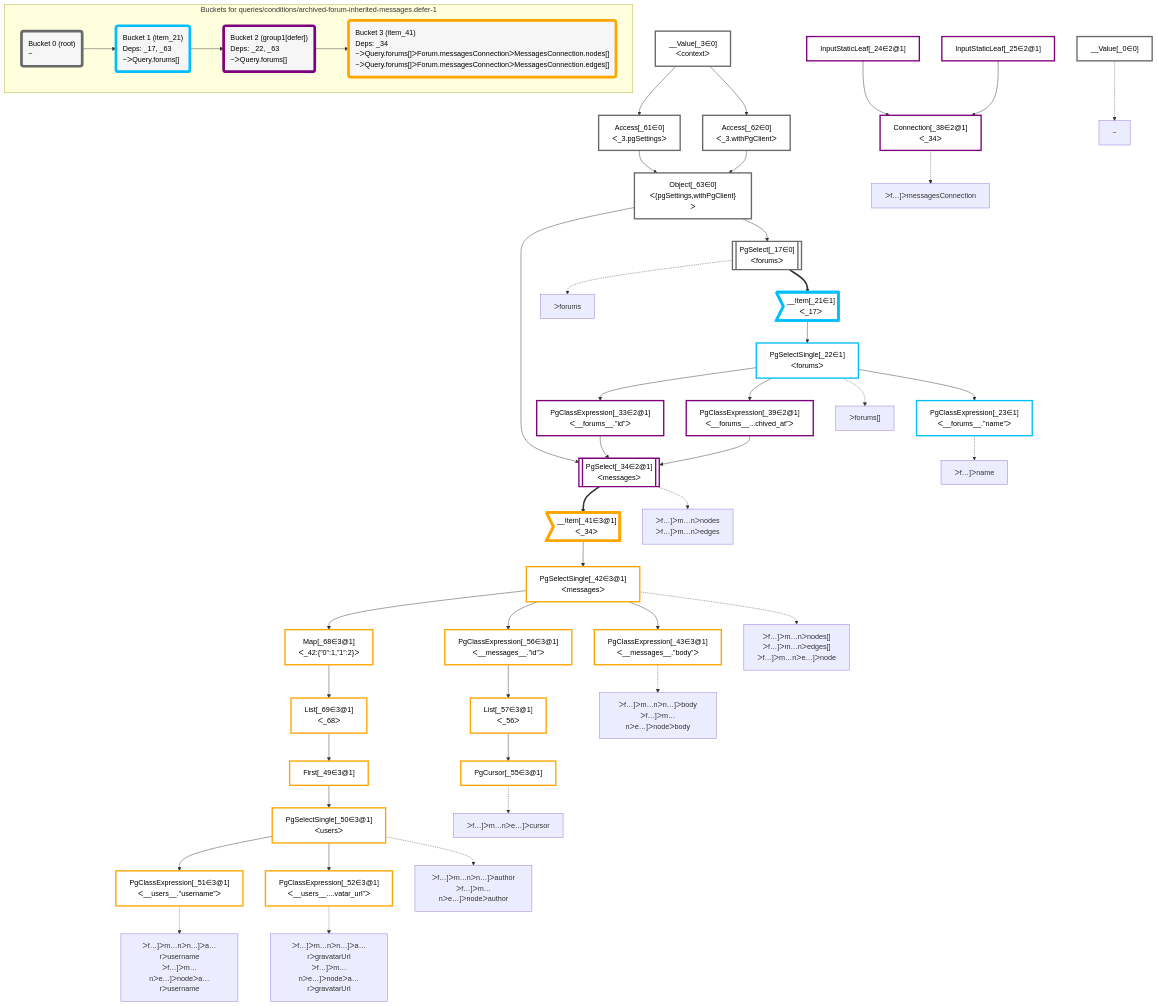
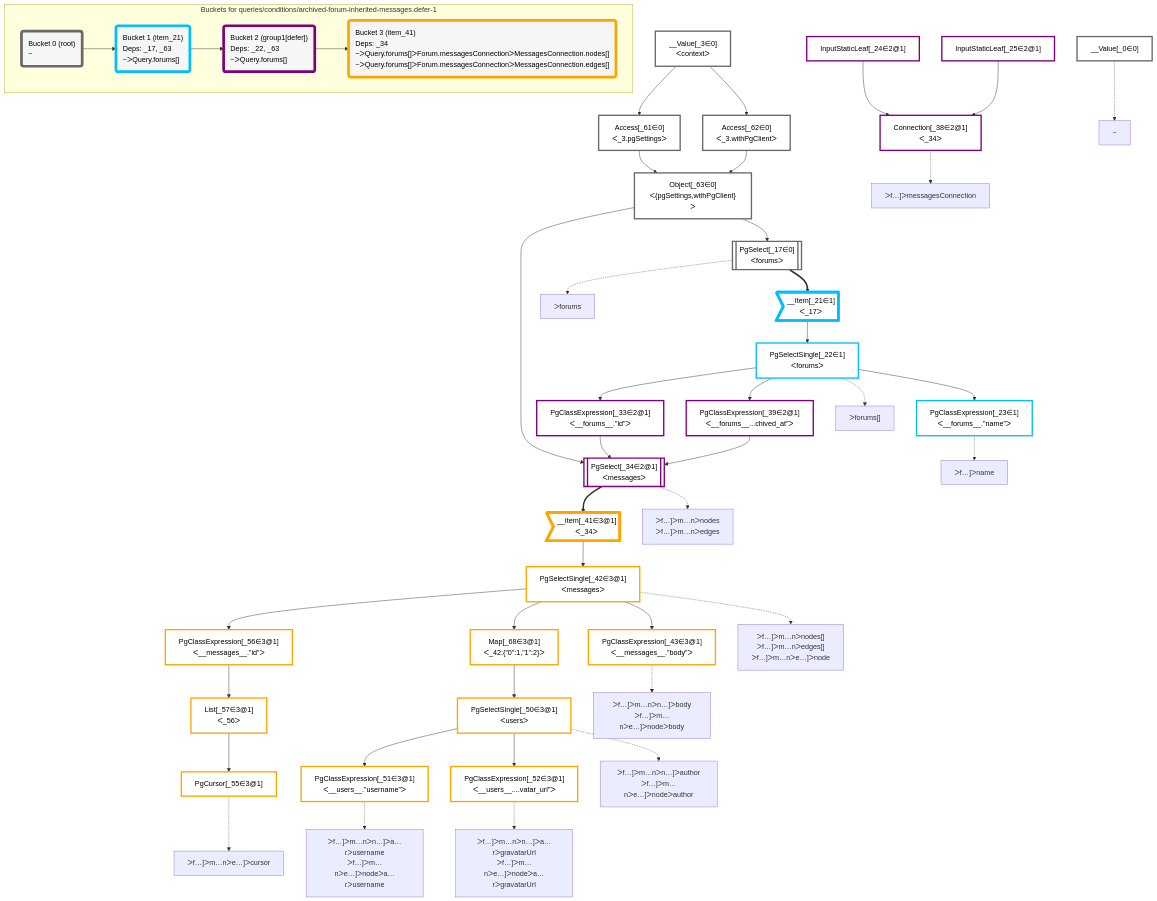
The diagram in packages/dataplan-pg/__tests__/queries/conditions/archived-forum-inherited-messages.defer-1.mermaid.md (graphile/crystal), drawn with Mermaid before and after one commit. The commit also changed 67 other files, not shown here.

```diff
--- a/packages/dataplan-pg/__tests__/queries/conditions/archived-forum-inherited-messages.defer-1.mermaid.md
+++ b/packages/dataplan-pg/__tests__/queries/conditions/archived-forum-inherited-messages.defer-1.mermaid.md
@@ -23,7 +23,6 @@
     __Item_41>"__Item[_41∈3@1]<br />ᐸ_34ᐳ"]:::itemplan
     PgSelectSingle_42["PgSelectSingle[_42∈3@1]<br />ᐸmessagesᐳ"]:::plan
     PgClassExpression_43["PgClassExpression[_43∈3@1]<br />ᐸ__messages__.”body”ᐳ"]:::plan
-    First_49["First[_49∈3@1]"]:::plan
     PgSelectSingle_50["PgSelectSingle[_50∈3@1]<br />ᐸusersᐳ"]:::plan
     PgClassExpression_51["PgClassExpression[_51∈3@1]<br />ᐸ__users__.”username”ᐳ"]:::plan
     PgClassExpression_52["PgClassExpression[_52∈3@1]<br />ᐸ__users__....vatar_url”ᐳ"]:::plan
@@ -34,7 +33,6 @@
     Access_62["Access[_62∈0]<br />ᐸ_3.withPgClientᐳ"]:::plan
     Object_63["Object[_63∈0]<br />ᐸ{pgSettings,withPgClient}ᐳ"]:::plan
     Map_68["Map[_68∈3@1]<br />ᐸ_42:{”0”:1,”1”:2}ᐳ"]:::plan
-    List_69["List[_69∈3@1]<br />ᐸ_68ᐳ"]:::plan
 
     %% plan dependencies
     Object_63 --> PgSelect_17
@@ -51,8 +49,7 @@
     PgSelect_34 ==> __Item_41
     __Item_41 --> PgSelectSingle_42
     PgSelectSingle_42 --> PgClassExpression_43
-    List_69 --> First_49
-    First_49 --> PgSelectSingle_50
+    Map_68 --> PgSelectSingle_50
     PgSelectSingle_50 --> PgClassExpression_51
     PgSelectSingle_50 --> PgClassExpression_52
     List_57 --> PgCursor_55
@@ -63,7 +60,6 @@
     Access_61 --> Object_63
     Access_62 --> Object_63
     PgSelectSingle_42 --> Map_68
-    Map_68 --> List_69
 
     %% plan-to-path relationships
     P_0["~"]
@@ -99,7 +95,7 @@
     classDef bucket2 stroke:#7f007f
     class InputStaticLeaf_24,InputStaticLeaf_25,PgClassExpression_33,PgSelect_34,Connection_38,PgClassExpression_39 bucket2
     classDef bucket3 stroke:#ffa500
-    class __Item_41,PgSelectSingle_42,PgClassExpression_43,First_49,PgSelectSingle_50,PgClassExpression_51,PgClassExpression_52,PgCursor_55,PgClassExpression_56,List_57,Map_68,List_69 bucket3
+    class __Item_41,PgSelectSingle_42,PgClassExpression_43,PgSelectSingle_50,PgClassExpression_51,PgClassExpression_52,PgCursor_55,PgClassExpression_56,List_57,Map_68 bucket3
 
     subgraph "Buckets for queries/conditions/archived-forum-inherited-messages.defer-1"
     Bucket0("Bucket 0 (root)<br />~"):::bucket
```
